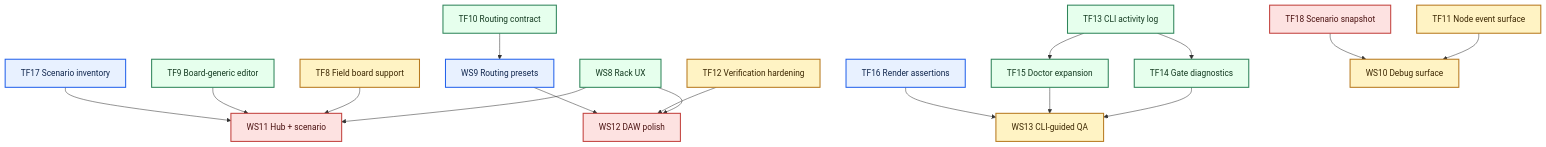
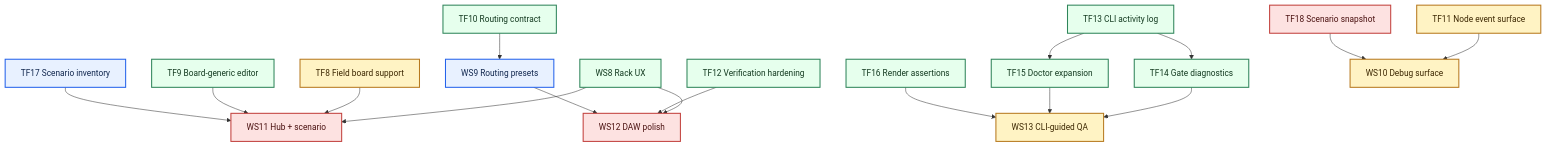
One commit to Denys/DaisyExamples changed the second of 2 diagrams in DaisyHost/WORKSTREAM_TRACKER.md. Above: the diagram before and after it, drawn with Mermaid. The commit also changed other lines of this file and 787 other files, not shown here.

````diff
--- a/DaisyHost/WORKSTREAM_TRACKER.md
+++ b/DaisyHost/WORKSTREAM_TRACKER.md
@@ -191,42 +217,42 @@
 ```mermaid
 flowchart TD
   tf8["TF8 Field board support"]
   tf9["TF9 Board-generic editor"]
   tf10["TF10 Routing contract"]
   tf11["TF11 Node event surface"]
   tf12["TF12 Verification hardening"]
   tf13["TF13 CLI activity log"]
   tf14["TF14 Gate diagnostics"]
   tf15["TF15 Doctor expansion"]
   tf16["TF16 Render assertions"]
   tf17["TF17 Scenario inventory"]
   tf18["TF18 Scenario snapshot"]
   ws8["WS8 Rack UX"]
 
   tf13 --> tf14
   tf13 --> tf15
   tf14 --> ws13["WS13 CLI-guided QA"]
   tf15 --> ws13
   tf16 --> ws13
   tf10 --> ws9["WS9 Routing presets"]
   tf11 --> ws10["WS10 Debug surface"]
   tf18 --> ws10
   ws8 --> ws11["WS11 Hub + scenario"]
   tf8 --> ws11
   tf9 --> ws11
   tf17 --> ws11
   ws8 --> ws12["WS12 DAW polish"]
   tf12 --> ws12
   ws9 --> ws12
 
   classDef done fill:#e6ffed,stroke:#2f855a,color:#12391f,stroke-width:2px
   classDef partial fill:#fff3c4,stroke:#b7791f,color:#3b2600,stroke-width:2px
   classDef ready fill:#e8f1ff,stroke:#2563eb,color:#10264d,stroke-width:2px
   classDef blocked fill:#fde2e1,stroke:#c2413d,color:#4a1110,stroke-width:2px
 
-  class ws8,tf9,tf10,tf13,tf14,tf15 done
-  class tf8,tf11,tf12,ws10 partial
-  class ws9,tf16,tf17 ready
+  class ws8,tf9,tf10,tf12,tf13,tf14,tf15,tf16 done
+  class tf8,tf11,ws10 partial
+  class ws9,tf17 ready
   class ws11,ws12,tf18 blocked
   class ws13 partial
 ```
````
